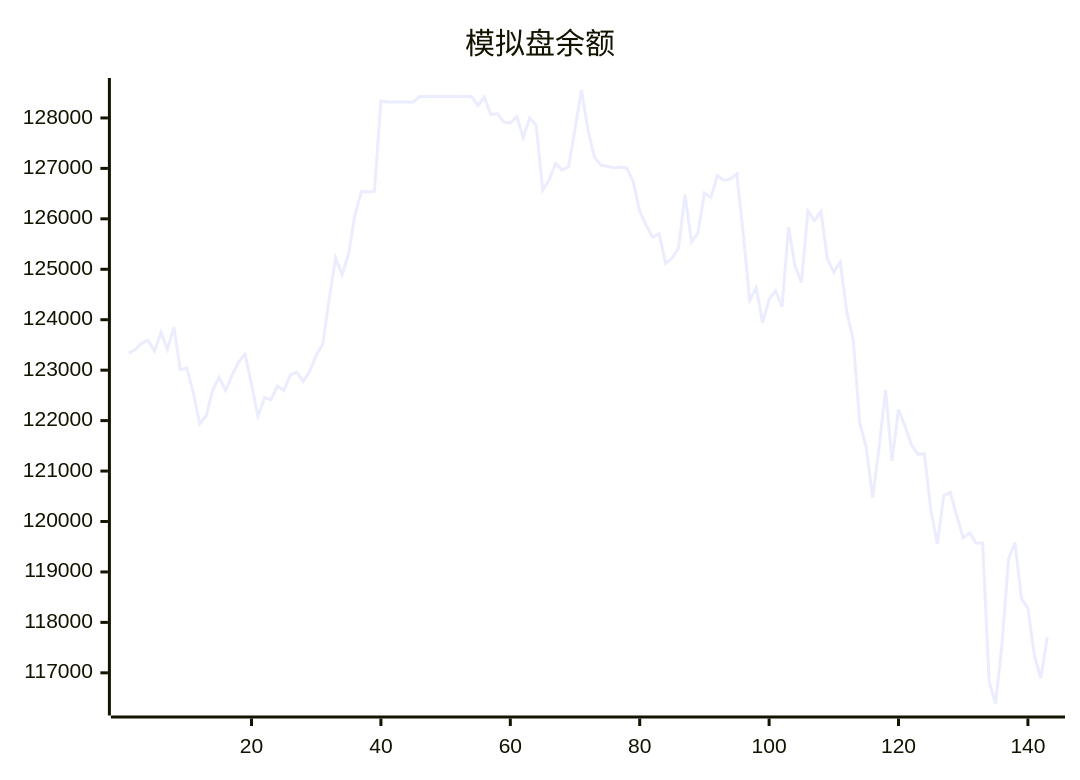
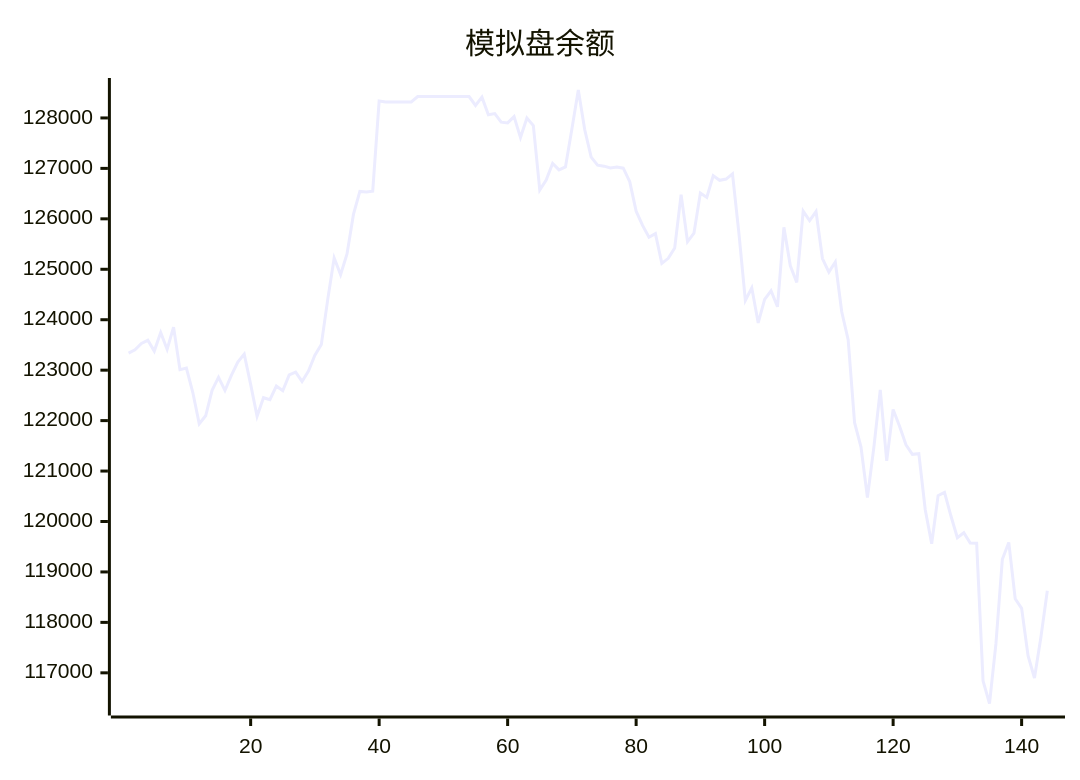
The diagram in README.md (aahl/ai-trading), drawn with Mermaid before and after one commit. The commit also changed other lines of this file and 1 other file, not shown here.

````diff
--- a/README.md
+++ b/README.md
@@ -5,5 +5,5 @@
 ```mermaid
 xychart
     title "模拟盘余额"
-    line [123338,123402,123530,123592,123378,123745,123413,123853,123009,123040,122557,121938,122095,122599,122856,122597,122898,123160,123319,122719,122087,122454,122416,122685,122592,122907,122961,122776,122981,123295,123507,124403,125224,124894,125303,126088,126544,126534,126549,128335,128318,128318,128318,128318,128318,128424,128424,128424,128424,128424,128424,128424,128424,128424,128247,128412,128062,128087,127917,127901,128026,127611,128000,127850,126572,126770,127100,126971,127029,127783,128554,127765,127224,127064,127044,127009,127025,127004,126738,126152,125871,125635,125707,125117,125217,125420,126480,125545,125715,126511,126424,126856,126764,126788,126890,125710,124381,124632,123936,124402,124574,124256,125833,125070,124739,126154,125966,126145,125213,124943,125143,124157,123604,121959,121476,120476,121470,122610,121201,122221,121889,121522,121332,121344,120232,119559,120513,120577,120108,119680,119777,119572,119568,116839,116392,117573,119250,119585,118469,118277,117338,116897,117706]
+    line [123338,123402,123530,123592,123378,123745,123413,123853,123009,123040,122557,121938,122095,122599,122856,122597,122898,123160,123319,122719,122087,122454,122416,122685,122592,122907,122961,122776,122981,123295,123507,124403,125224,124894,125303,126088,126544,126534,126549,128335,128318,128318,128318,128318,128318,128424,128424,128424,128424,128424,128424,128424,128424,128424,128247,128412,128062,128087,127917,127901,128026,127611,128000,127850,126572,126770,127100,126971,127029,127783,128554,127765,127224,127064,127044,127009,127025,127004,126738,126152,125871,125635,125707,125117,125217,125420,126480,125545,125715,126511,126424,126856,126764,126788,126890,125710,124381,124632,123936,124402,124574,124256,125833,125070,124739,126154,125966,126145,125213,124943,125143,124157,123604,121959,121476,120476,121470,122610,121201,122221,121889,121522,121332,121344,120232,119559,120513,120577,120108,119680,119777,119572,119568,116839,116392,117573,119250,119585,118469,118277,117338,116897,117706,118628]
 ```
````
